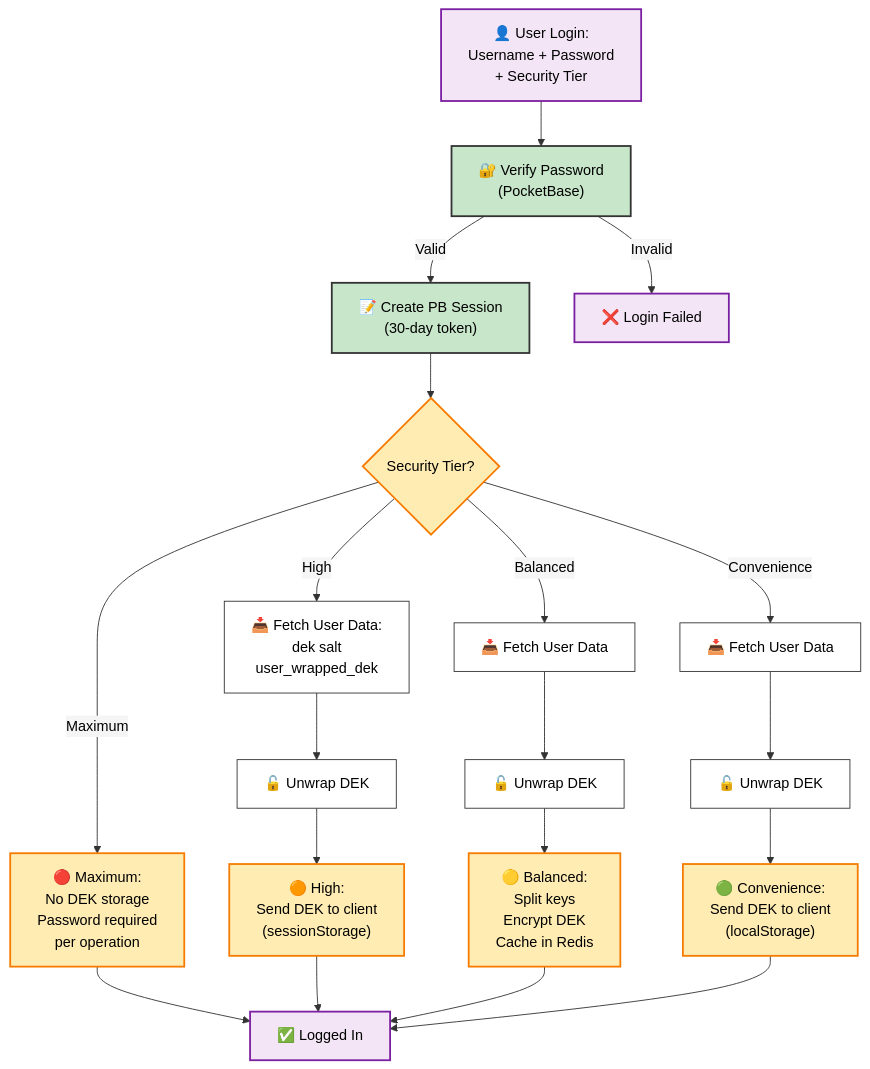
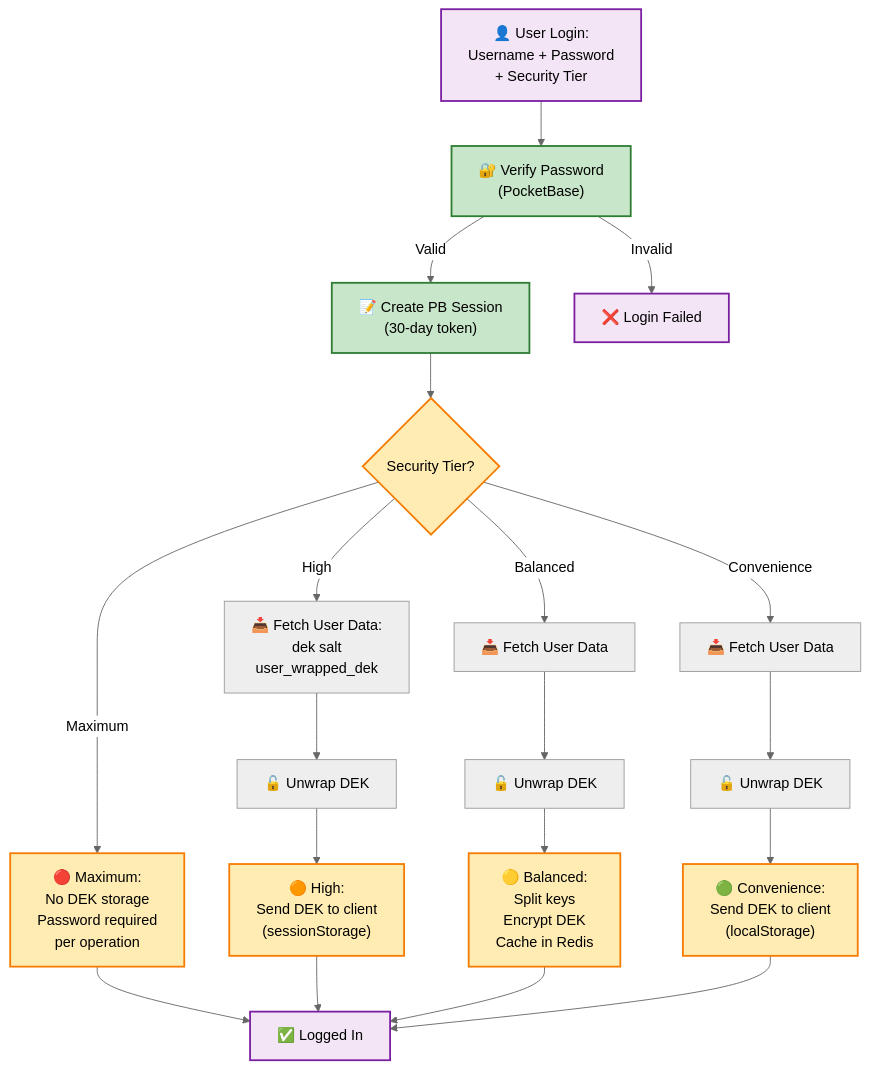
One commit to DomiDre/kigaprio changed the second of 8 diagrams in ARCHITECTURE.md. Above: the diagram before and after it, drawn with Mermaid. The commit also changed other lines of this file, not shown here.

Commit message:
Set neutral theme everywhere

````diff
--- a/ARCHITECTURE.md
+++ b/ARCHITECTURE.md
@@ -178,60 +172,60 @@
 ```mermaid
-%%{init: {'theme':'base', 'themeVariables': { 'primaryColor':'#fff','primaryTextColor':'#000','primaryBorderColor':'#333','lineColor':'#333','secondaryColor':'#f5f5f5','tertiaryColor':'#fff','background':'#ffffff','mainBkg':'#ffffff','clusterBkg':'#f9f9f9','clusterBorder':'#666'}}}%%
+%%{init: {'theme':'neutral'}}%%
 flowchart TD
     Start["👤 User Login:<br/>Username + Password<br/>+ Security Tier"]
     Verify["🔐 Verify Password<br/>(PocketBase)"]
     CreatePB["📝 Create PB Session<br/>(30-day token)"]
     
     TierCheck{"Security Tier?"}
     
     Maximum["🔴 Maximum:<br/>No DEK storage<br/>Password required<br/>per operation"]
     
     FetchHigh["📥 Fetch User Data:<br/>dek salt<br/>user_wrapped_dek"]
     UnwrapHigh["🔓 Unwrap DEK"]
     High["🟠 High:<br/>Send DEK to client<br/>(sessionStorage)"]
     
     FetchBalanced["📥 Fetch User Data"]
     UnwrapBalanced["🔓 Unwrap DEK"]
     Balanced["🟡 Balanced:<br/>Split keys<br/>Encrypt DEK<br/>Cache in Redis"]
     
     FetchConv["📥 Fetch User Data"]
     UnwrapConv["🔓 Unwrap DEK"]
     Convenience["🟢 Convenience:<br/>Send DEK to client<br/>(localStorage)"]
     
     Done["✅ Logged In"]
     
     Start --> Verify
     Verify -->|"Valid"| CreatePB
     Verify -->|"Invalid"| Fail["❌ Login Failed"]
     CreatePB --> TierCheck
     
     TierCheck -->|"Maximum"| Maximum
     TierCheck -->|"High"| FetchHigh
     TierCheck -->|"Balanced"| FetchBalanced
     TierCheck -->|"Convenience"| FetchConv
     
     FetchHigh --> UnwrapHigh --> High
     FetchBalanced --> UnwrapBalanced --> Balanced
     FetchConv --> UnwrapConv --> Convenience
     
     Maximum --> Done
     High --> Done
     Balanced --> Done
     Convenience --> Done
     
-    classDef action fill:#f3e5f5,stroke:#7b1fa2,stroke-width:2px,color:#000
-    classDef backend fill:#c8e6c9,stroke:#333,stroke-width:2px,color:#000
-    classDef database fill:#ffcdd2,stroke:#333,stroke-width:2px,color:#000
-    classDef security fill:#ffecb3,stroke:#f57c00,stroke-width:2px,color:#000
+    classDef action fill:#f3e5f5,stroke:#7b1fa2,stroke-width:2px
+    classDef backend fill:#c8e6c9,stroke:#2e7d32,stroke-width:2px
+    classDef database fill:#ffcdd2,stroke:#c62828,stroke-width:2px
+    classDef security fill:#ffecb3,stroke:#f57c00,stroke-width:2px
 
     class Start action
     class Verify backend
     class CreatePB backend
     class TierCheck security
     class Maximum security
     class High security
     class Balanced security
     class Convenience security
     class Done action
     class Fail action
 ```
````
